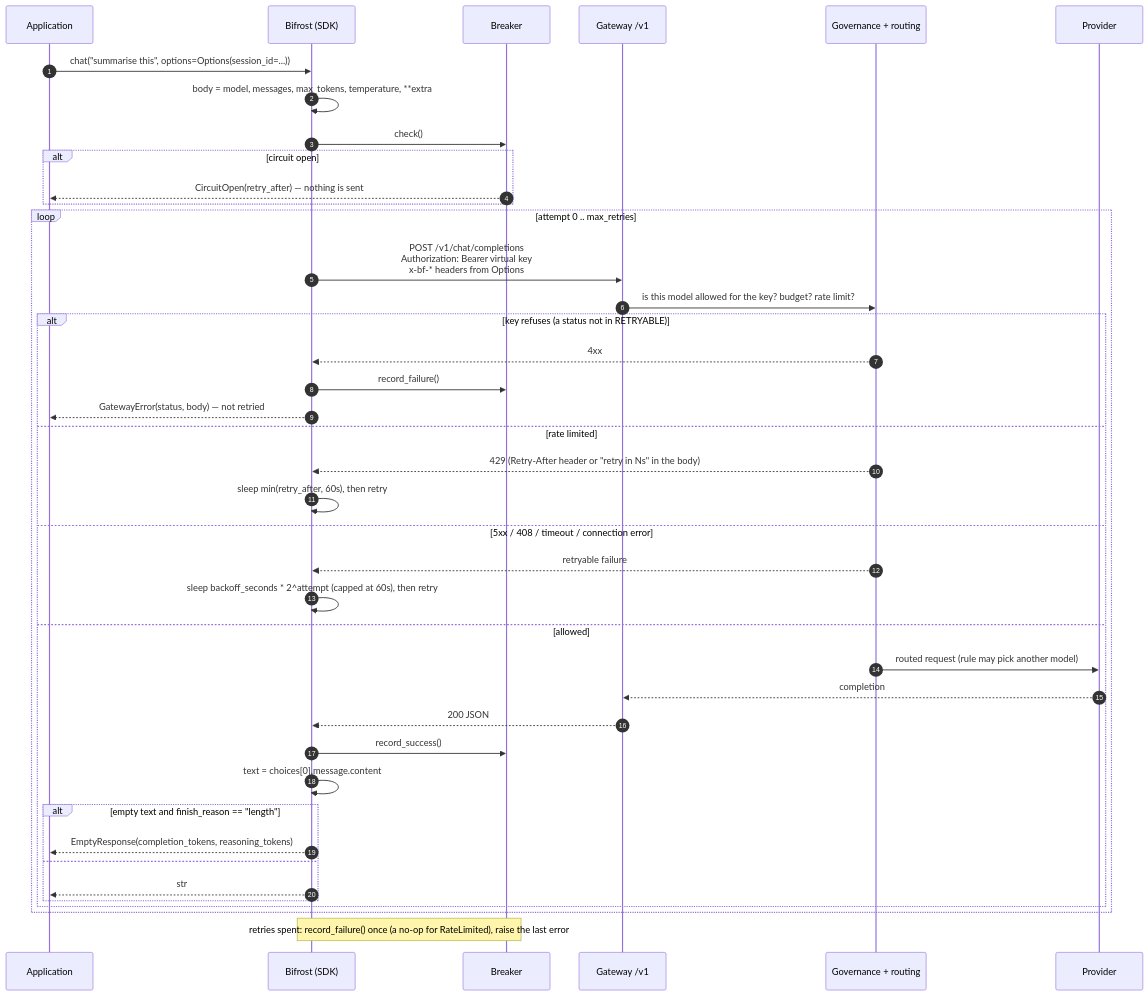
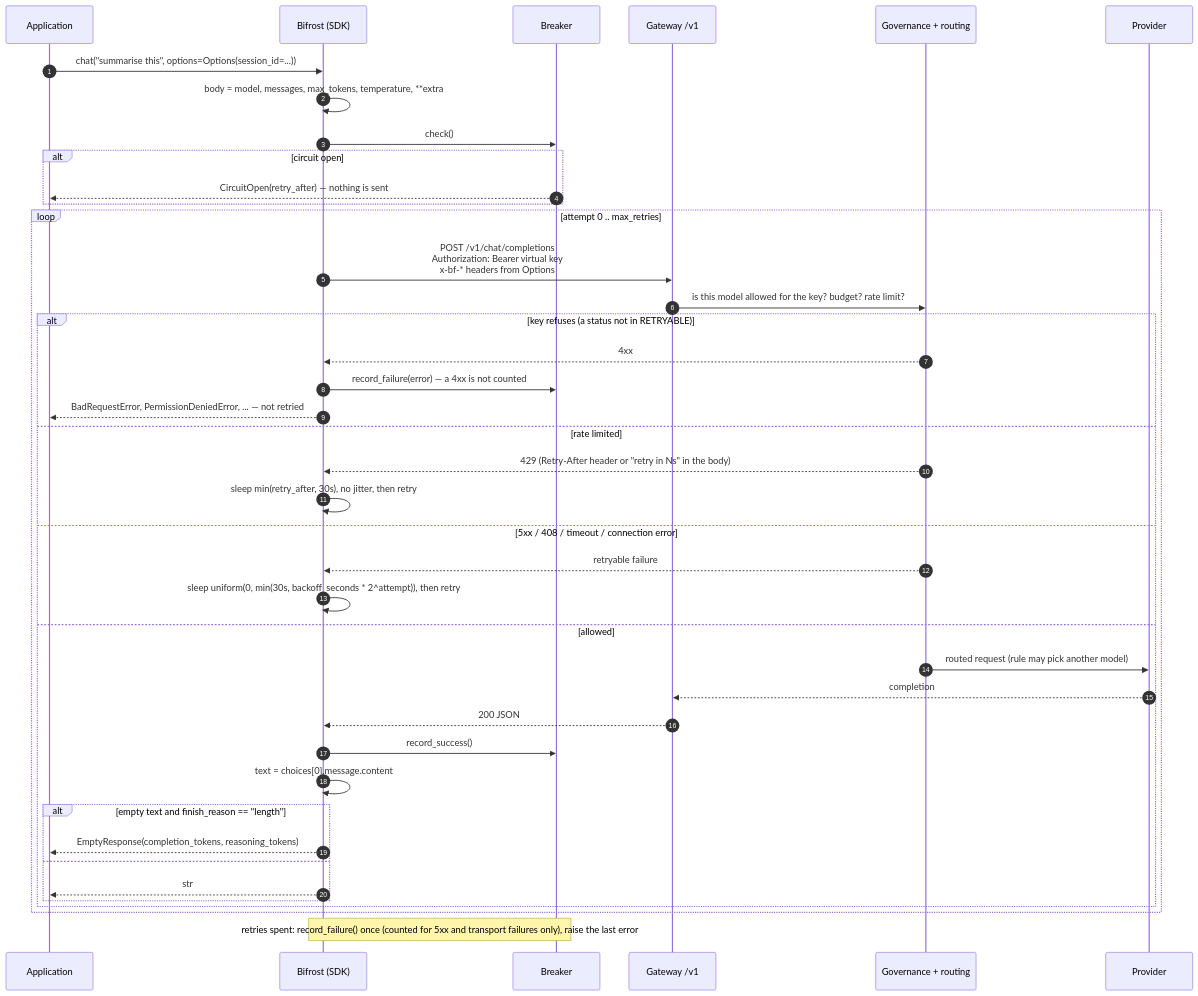
Before and after one commit to amitmohapatra/bifrost-sdk: the third of 8 diagrams in docs/ARCHITECTURE.md, drawn with Mermaid. The commit also changed other lines of this file and 13 other files, not shown here.

````diff
--- a/docs/ARCHITECTURE.md
+++ b/docs/ARCHITECTURE.md
@@ -109,44 +112,44 @@
 ```mermaid
 sequenceDiagram
     autonumber
     participant App as Application
     participant SDK as Bifrost (SDK)
     participant BR as Breaker
     participant GW as Gateway /v1
     participant GOV as Governance + routing
     participant P as Provider
 
     App->>SDK: chat("summarise this", options=Options(session_id=...))
     SDK->>SDK: body = model, messages, max_tokens, temperature, **extra
     SDK->>BR: check()
     alt circuit open
         BR-->>App: CircuitOpen(retry_after) — nothing is sent
     end
     loop attempt 0 .. max_retries
         SDK->>GW: POST /v1/chat/completions<br/>Authorization: Bearer virtual key<br/>x-bf-* headers from Options
         GW->>GOV: is this model allowed for the key? budget? rate limit?
         alt key refuses (a status not in RETRYABLE)
             GOV-->>SDK: 4xx
-            SDK->>BR: record_failure()
-            SDK-->>App: GatewayError(status, body) — not retried
+            SDK->>BR: record_failure(error) — a 4xx is not counted
+            SDK-->>App: BadRequestError, PermissionDeniedError, ... — not retried
         else rate limited
             GOV-->>SDK: 429 (Retry-After header or "retry in Ns" in the body)
-            SDK->>SDK: sleep min(retry_after, 60s), then retry
+            SDK->>SDK: sleep min(retry_after, 30s), no jitter, then retry
         else 5xx / 408 / timeout / connection error
             GOV-->>SDK: retryable failure
-            SDK->>SDK: sleep backoff_seconds * 2^attempt (capped at 60s), then retry
+            SDK->>SDK: sleep uniform(0, min(30s, backoff_seconds * 2^attempt)), then retry
         else allowed
             GOV->>P: routed request (rule may pick another model)
             P-->>GW: completion
             GW-->>SDK: 200 JSON
             SDK->>BR: record_success()
             SDK->>SDK: text = choices[0].message.content
             alt empty text and finish_reason == "length"
                 SDK-->>App: EmptyResponse(completion_tokens, reasoning_tokens)
             else
                 SDK-->>App: str
             end
         end
     end
-    Note over SDK,BR: retries spent: record_failure() once (a no-op for RateLimited), raise the last error
+    Note over SDK,BR: retries spent: record_failure() once (counted for 5xx and transport failures only), raise the last error
 ```
````
